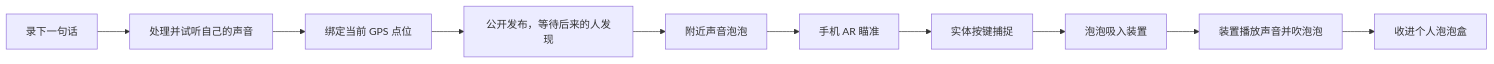
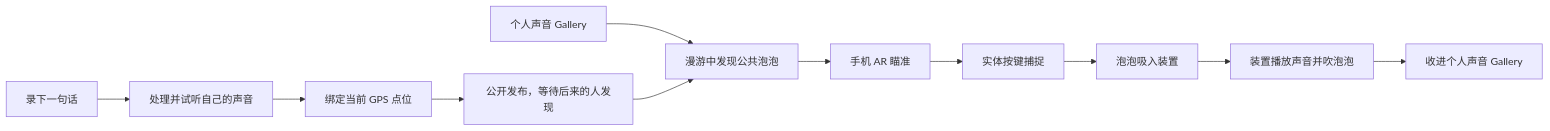
One commit to wongolivia336-a11y/ai-builer-context changed the diagram in README.md. Above: the diagram before and after it, drawn with Mermaid. The commit also changed other lines of this file and 10 other files, not shown here.

````diff
--- a/README.md
+++ b/README.md
@@ -15,12 +15,13 @@
 ```mermaid
 flowchart LR
-    A[附近声音泡泡] --> B[手机 AR 瞄准]
+    A[个人声音 Gallery] --> R[漫游中发现公共泡泡]
+    R --> B[手机 AR 瞄准]
     B --> C[实体按键捕捉]
     C --> D[泡泡吸入装置]
     D --> E[装置播放声音并吹泡泡]
-    E --> F[收进个人泡泡盒]
+    E --> F[收进个人声音 Gallery]
     G[录下一句话] --> H[处理并试听自己的声音]
     H --> I[绑定当前 GPS 点位]
     I --> J[公开发布，等待后来的人发现]
-    J --> A
+    J --> R
 ```
````
